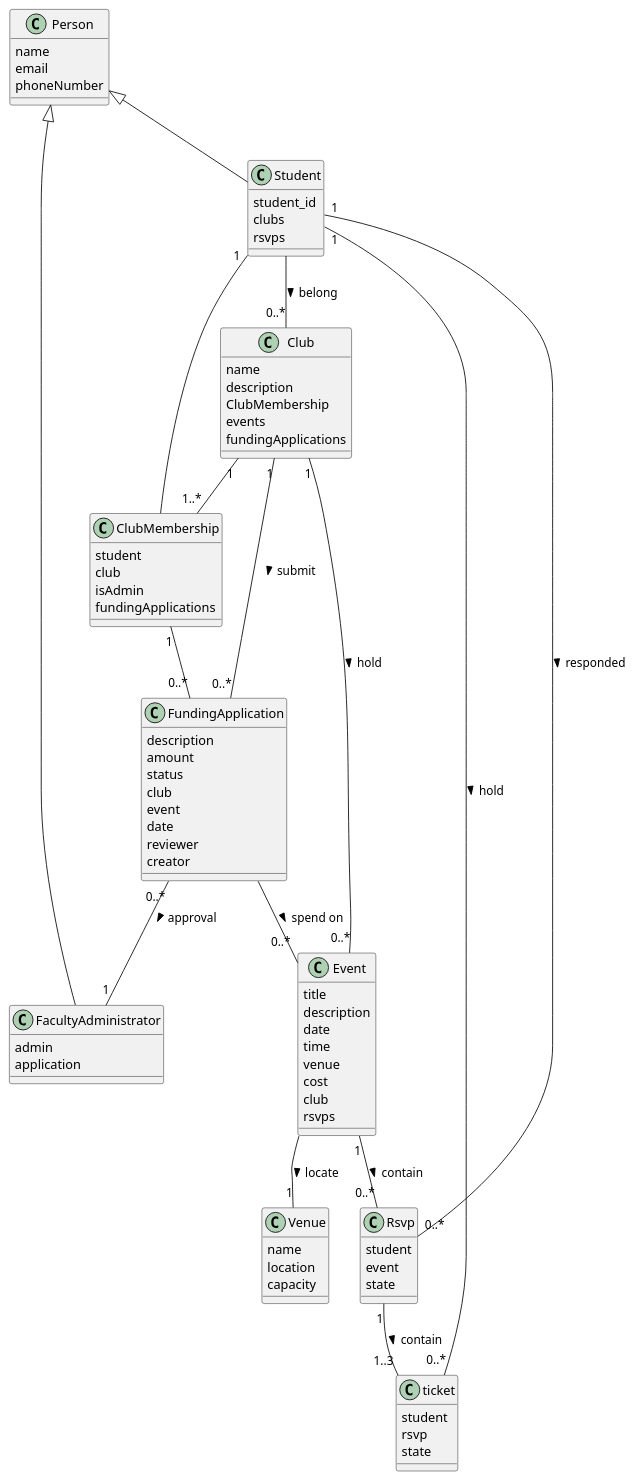
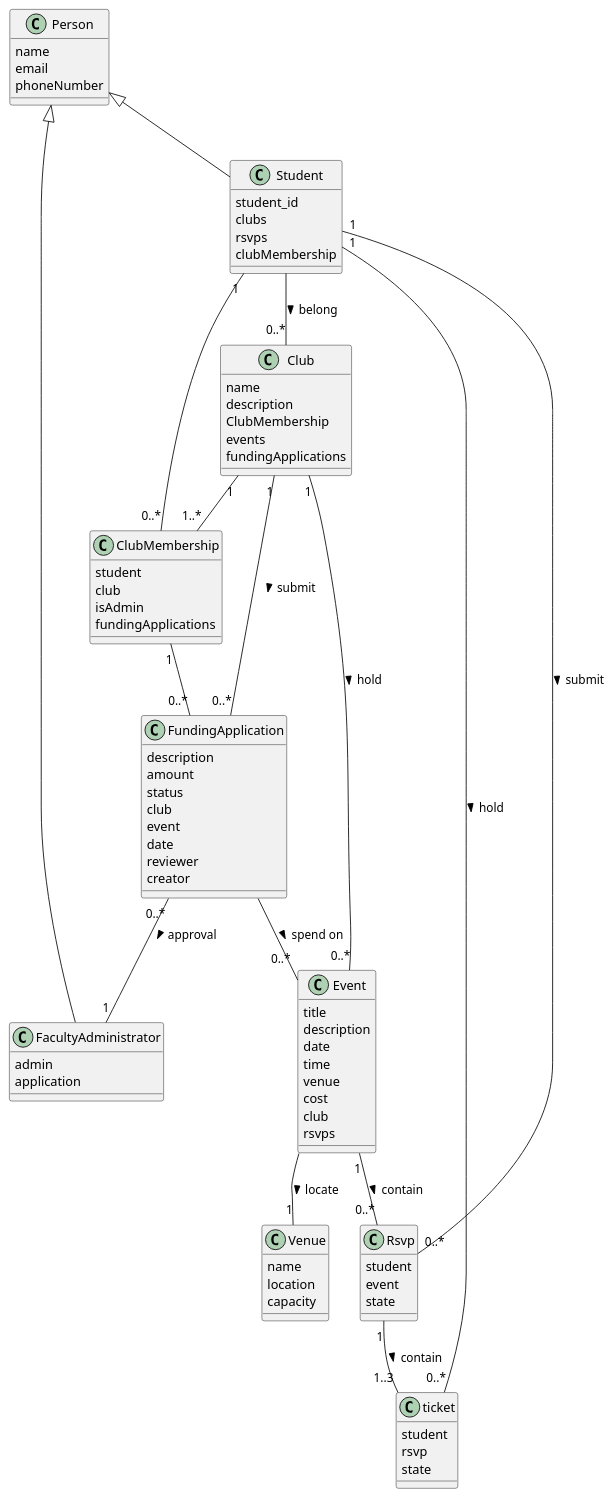
One commit to lvyl9909/ClubManagementSystem changed the diagram in docs/part1/domain_model.puml. Above: the diagram before and after it, drawn with PlantUML.

Commit message:
update domain model v3

```diff
--- a/docs/part1/domain_model.puml
+++ b/docs/part1/domain_model.puml
@@ -1,89 +1,90 @@
 @startuml 123
 class Person{
     name
     email
     phoneNumber
 }
 
 class Student{
     student_id
     clubs
     rsvps
+    clubMembership
 }
 
 class ClubMembership{
     student
     club
     isAdmin
     fundingApplications
 }
 
 
 class FacultyAdministrator{
     admin
     application
 }
 
 class Club{
     name
     description
     ClubMembership
     events
     fundingApplications
 }
 
 class Venue{
     name
     location
     capacity
 }
 
 class Event{
     title
     description
     date
     time
     venue
     cost
     club
     rsvps
 }
 
 class FundingApplication{
     description
     amount
     status
     club
     event
     date
     reviewer
     creator
 }
 
 class Rsvp{
     student
     event
     state
 }
 
 class ticket{
     student
     rsvp
     state
 }
 Person <|-- Student
 Person <|-- FacultyAdministrator
 Student  -- "0..*" Club : belong >
 FundingApplication "0..*"--"1" FacultyAdministrator: approval >
 Club "1" -- "0..*" Event : hold >
 Event  -- "1" Venue : locate >
-Student "1" -- "0..*" Rsvp : responded >
+Student "1" -- "0..*" Rsvp : submit >
 Event "1" -- "0..*" Rsvp : contain >
 Club "1"--"0..*" FundingApplication : submit >
 FundingApplication  -- "0..*" Event : spend on >
 Rsvp "1"--"1..3" ticket : contain >
 Student "1" -- "0..*" ticket: hold >
 Club "1" -- "1..*" ClubMembership
-Student "1"-- ClubMembership
+Student "1"--"0..*" ClubMembership
 ClubMembership "1" -- "0..*" FundingApplication
 @enduml
```
